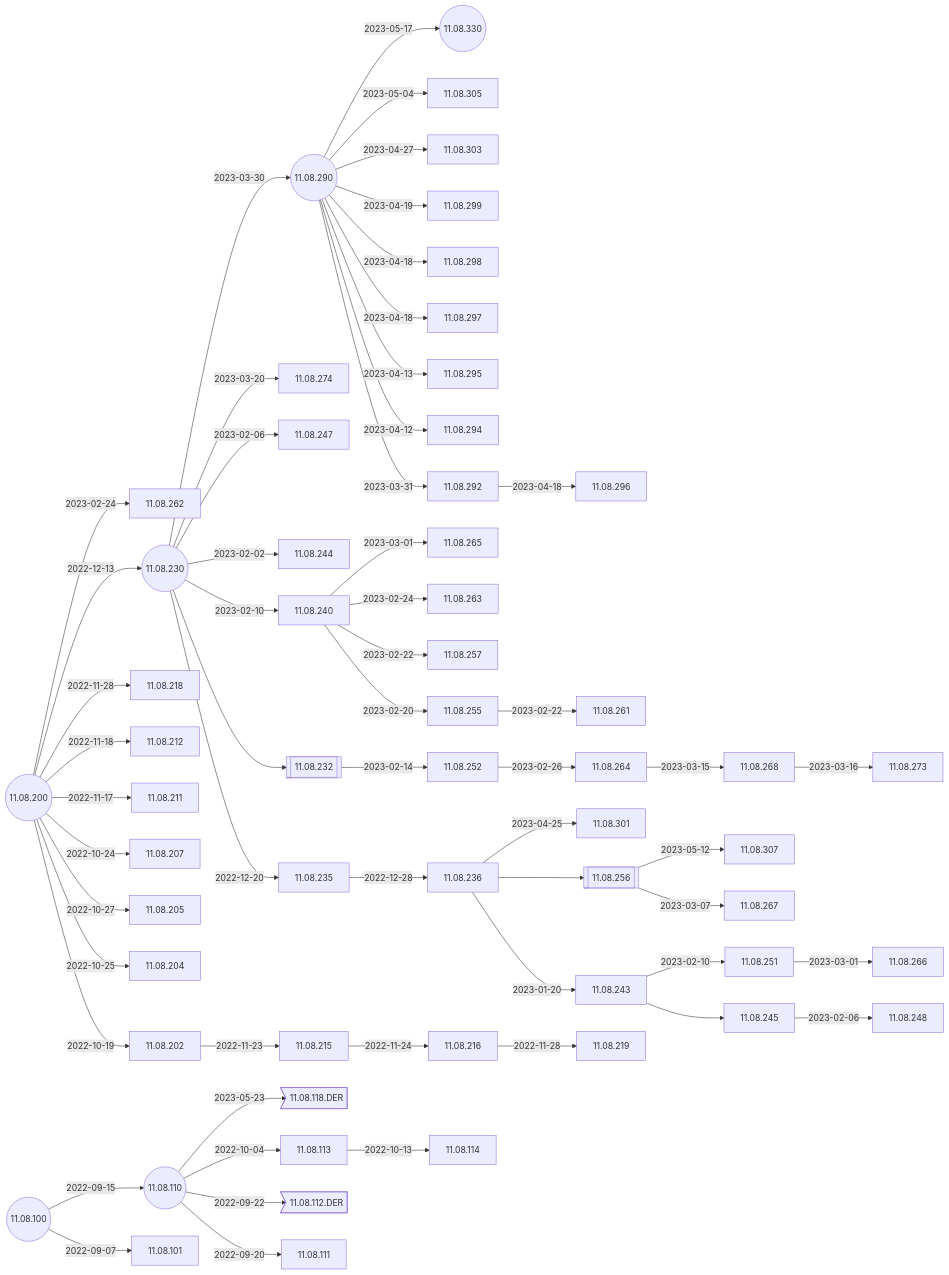
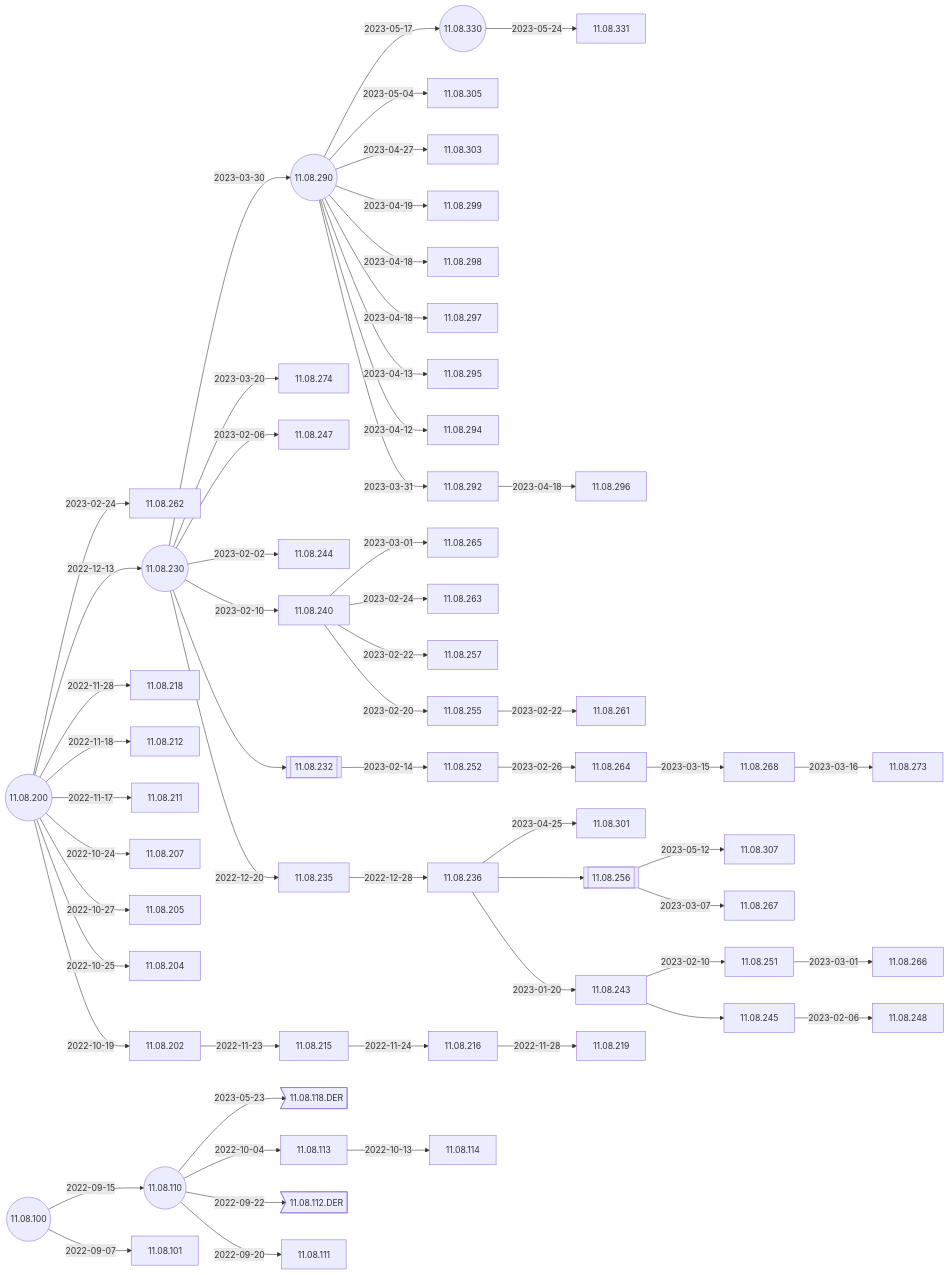
The second of 4 diagrams in docs/Docs/ReleaseNotes/01-OS11/README.md (IGEL-Community/IGEL-Docs-v02), drawn with Mermaid before and after one commit. The commit also changed 2 other files, not shown here.

Commit message:
11.08.331 <- 11.08.330

````diff
--- a/docs/Docs/ReleaseNotes/01-OS11/README.md
+++ b/docs/Docs/ReleaseNotes/01-OS11/README.md
@@ -39,5 +39,6 @@
 ```mermaid
 flowchart LR
+    11.08.330-- 2023-05-24 -->11.08.331
     11.08.110-- 2023-05-23 -->11.08.118.DER>11.08.118.DER]
     11.08.290-- 2023-05-17 -->11.08.330((11.08.330))
     11.08.256-- 2023-05-12 -->11.08.307
@@ -77,6 +78,7 @@
     11.08.110((11.08.110))-- 2022-09-22 -->11.08.112.DER>11.08.112.DER]
     11.08.100-- 2022-09-15 -->11.08.110-- 2022-09-20 -->11.08.111
     11.08.100((11.08.100))-- 2022-09-07 -->11.08.101
+    click 11.08.331 "https://github.com/IGEL-Community/IGEL-Docs-v02/tree/main/docs/Docs/ReleaseNotes/01-OS11/readme11.08.331.txt" _blank
     click 11.08.118.DER "https://github.com/IGEL-Community/IGEL-Docs-v02/tree/main/docs/Docs/ReleaseNotes/01-OS11/readme11.08.118.DER.txt" _blank
     click 11.08.330 "https://github.com/IGEL-Community/IGEL-Docs-v02/tree/main/docs/Docs/ReleaseNotes/01-OS11/readme11.08.330.txt" _blank
     click 11.08.307 "https://github.com/IGEL-Community/IGEL-Docs-v02/tree/main/docs/Docs/ReleaseNotes/01-OS11/readme11.08.307.txt" _blank
````
